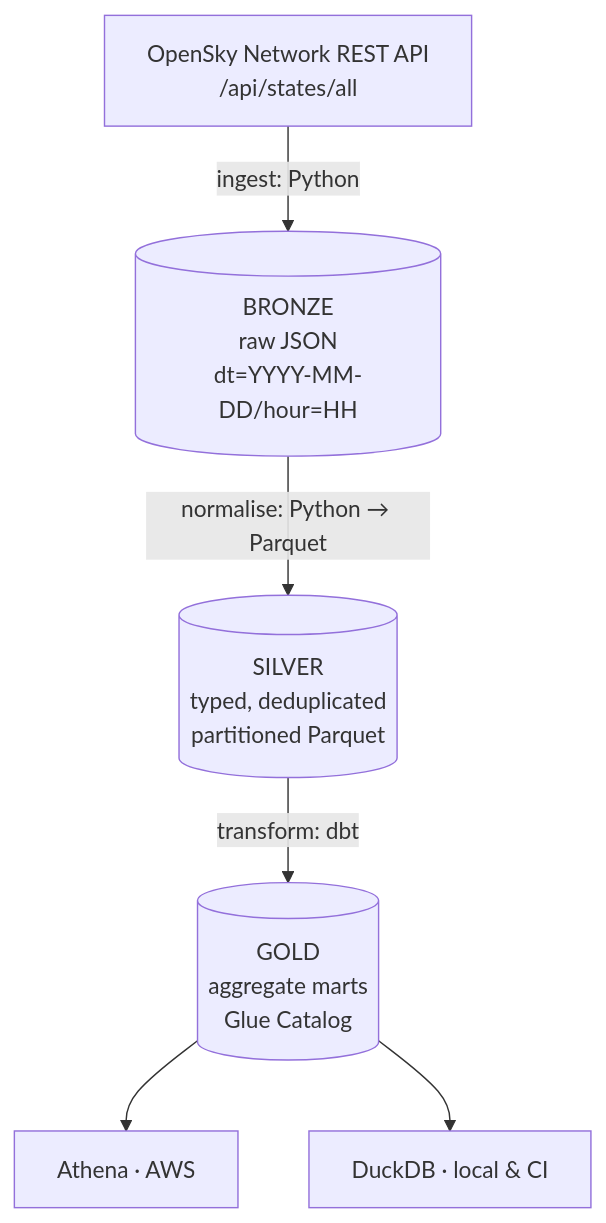
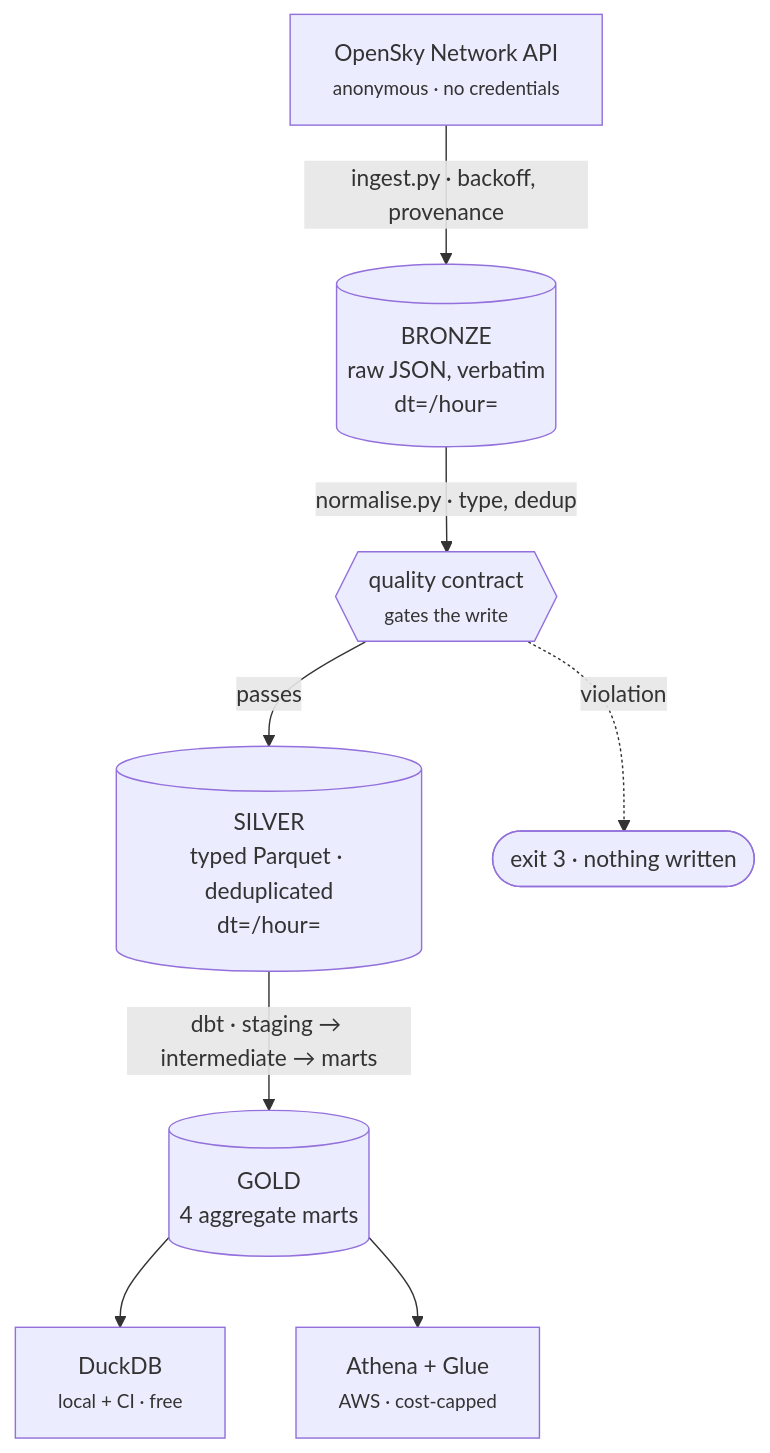
Before and after one commit to JohnNessime/flightops-lakehouse: the diagram in README.md, drawn with Mermaid. The commit also changed other lines of this file, not shown here.

````diff
--- a/README.md
+++ b/README.md
@@ -16,9 +24,19 @@
 ```mermaid
 flowchart TD
-    A[OpenSky Network REST API<br/>/api/states/all] -->|ingest: Python| B
-    B[("BRONZE<br/>raw JSON<br/>dt=YYYY-MM-DD/hour=HH")] -->|normalise: Python → Parquet| C
-    C[("SILVER<br/>typed, deduplicated<br/>partitioned Parquet")] -->|transform: dbt| D
-    D[("GOLD<br/>aggregate marts<br/>Glue Catalog")]
-    D --> E[Athena · AWS]
-    D --> F[DuckDB · local & CI]
+    API["OpenSky Network API<br/><small>anonymous · no credentials</small>"]
+    BRONZE[("BRONZE<br/>raw JSON, verbatim<br/>dt=/hour=")]
+    QUALITY{{"quality contract<br/><small>gates the write</small>"}}
+    SILVER[("SILVER<br/>typed Parquet · deduplicated<br/>dt=/hour=")]
+    GOLD[("GOLD<br/>4 aggregate marts")]
+    DUCK["DuckDB<br/><small>local + CI · free</small>"]
+    ATHENA["Athena + Glue<br/><small>AWS · cost-capped</small>"]
+    STOP(["exit 3 · nothing written"])
+
+    API -->|"ingest.py · backoff, provenance"| BRONZE
+    BRONZE -->|"normalise.py · type, dedup"| QUALITY
+    QUALITY -->|passes| SILVER
+    QUALITY -.->|violation| STOP
+    SILVER -->|"dbt · staging → intermediate → marts"| GOLD
+    GOLD --> DUCK
+    GOLD --> ATHENA
 ```
````
